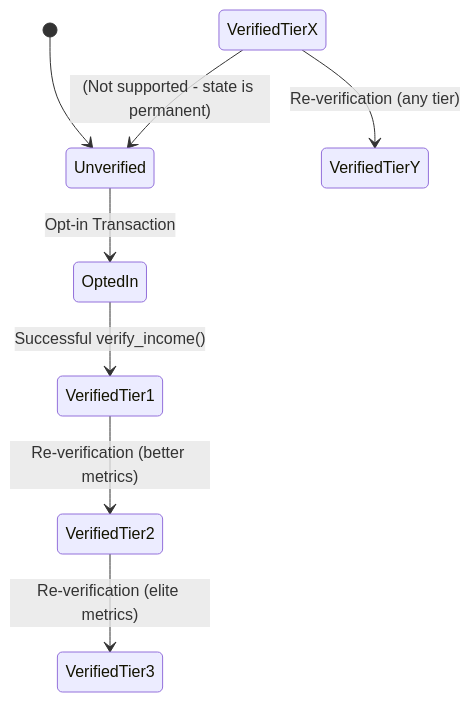
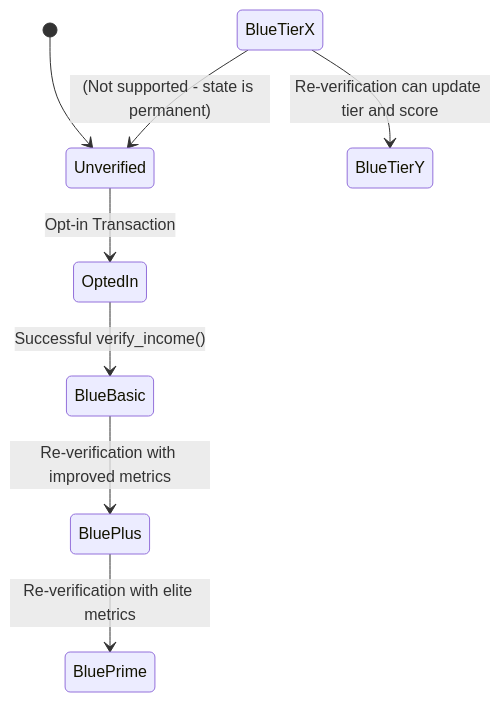
The first of 2 diagrams in docs/FLOW.md (SomehowLiving/Acre), drawn with Mermaid before and after one commit. The commit also changed other lines of this file and 17 other files, not shown here.

Commit message:
feat: enhance Acre verification contract and testnet deployment flow

````diff
--- a/docs/FLOW.md
+++ b/docs/FLOW.md
@@ -169,10 +174,10 @@
 ```mermaid
 stateDiagram-v2
     [*] --> Unverified
     Unverified --> OptedIn : Opt-in Transaction
-    OptedIn --> VerifiedTier1 : Successful verify_income()
-    VerifiedTier1 --> VerifiedTier2 : Re-verification (better metrics)
-    VerifiedTier2 --> VerifiedTier3 : Re-verification (elite metrics)
-    VerifiedTierX --> VerifiedTierY : Re-verification (any tier)
-    VerifiedTierX --> Unverified : (Not supported - state is permanent)
+    OptedIn --> BlueBasic : Successful verify_income()
+    BlueBasic --> BluePlus : Re-verification with improved metrics
+    BluePlus --> BluePrime : Re-verification with elite metrics
+    BlueTierX --> BlueTierY : Re-verification can update tier and score
+    BlueTierX --> Unverified : (Not supported - state is permanent)
 ```
````
